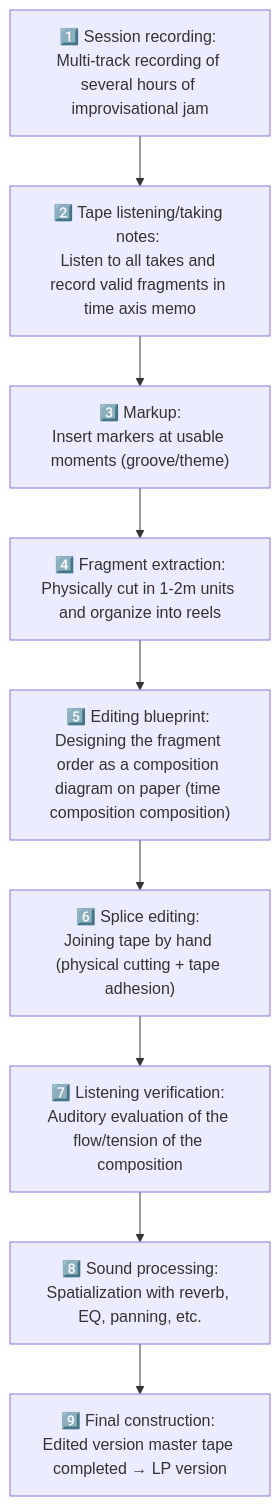
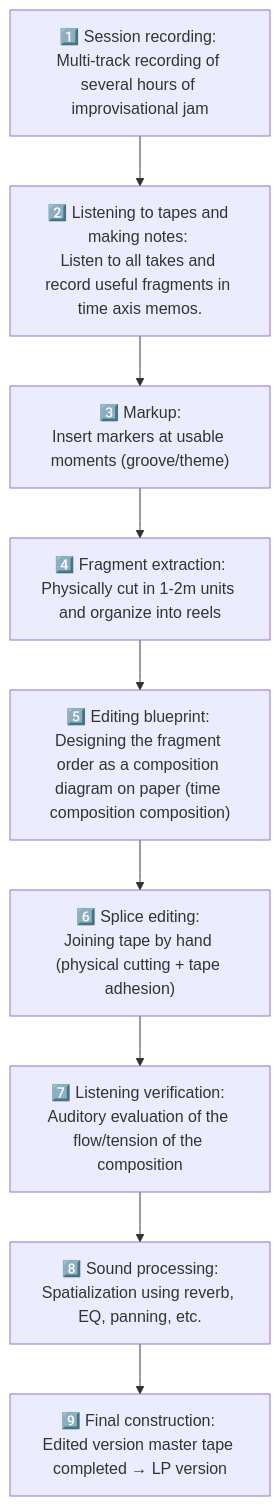
Before and after one commit to monumental-movement/monumental-movement.github.io: the fourth of 12 diagrams in en/_posts/2025-10-28-column-macero-miles.md, drawn with Mermaid. The commit also changed other lines of this file and 471 other files, not shown here.

```diff
--- a/en/_posts/2025-10-28-column-macero-miles.md
+++ b/en/_posts/2025-10-28-column-macero-miles.md
@@ -197,13 +197,13 @@
 <div class="mermaid">
 
 flowchart TD
-    A["1️⃣ Session recording: <br>Multi-track recording of several hours of improvisational jam"] --> B["2️⃣ Tape listening/taking notes: <br>Listen to all takes and record valid fragments in time axis memo"]
+    A["1️⃣ Session recording: <br>Multi-track recording of several hours of improvisational jam"] --> B["2️⃣ Listening to tapes and making notes: <br>Listen to all takes and record useful fragments in time axis memos."]
     B --> C["3️⃣ Markup:<br>Insert markers at usable moments (groove/theme)"]
     C --> D["4️⃣ Fragment extraction:<br>Physically cut in 1-2m units and organize into reels"]
     D --> E["5️⃣ Editing blueprint: <br>Designing the fragment order as a composition diagram on paper (time composition composition)"]
     E --> F["6️⃣ Splice editing: <br>Joining tape by hand (physical cutting + tape adhesion)"]
     F --> G["7️⃣ Listening verification: <br>Auditory evaluation of the flow/tension of the composition"]
-    G --> H["8️⃣ Sound processing:<br>Spatialization with reverb, EQ, panning, etc."]
+    G --> H["8️⃣ Sound processing:<br>Spatialization using reverb, EQ, panning, etc."]
     H --> I["9️⃣ Final construction: <br>Edited version master tape completed → LP version"]
 
 </div>
```
